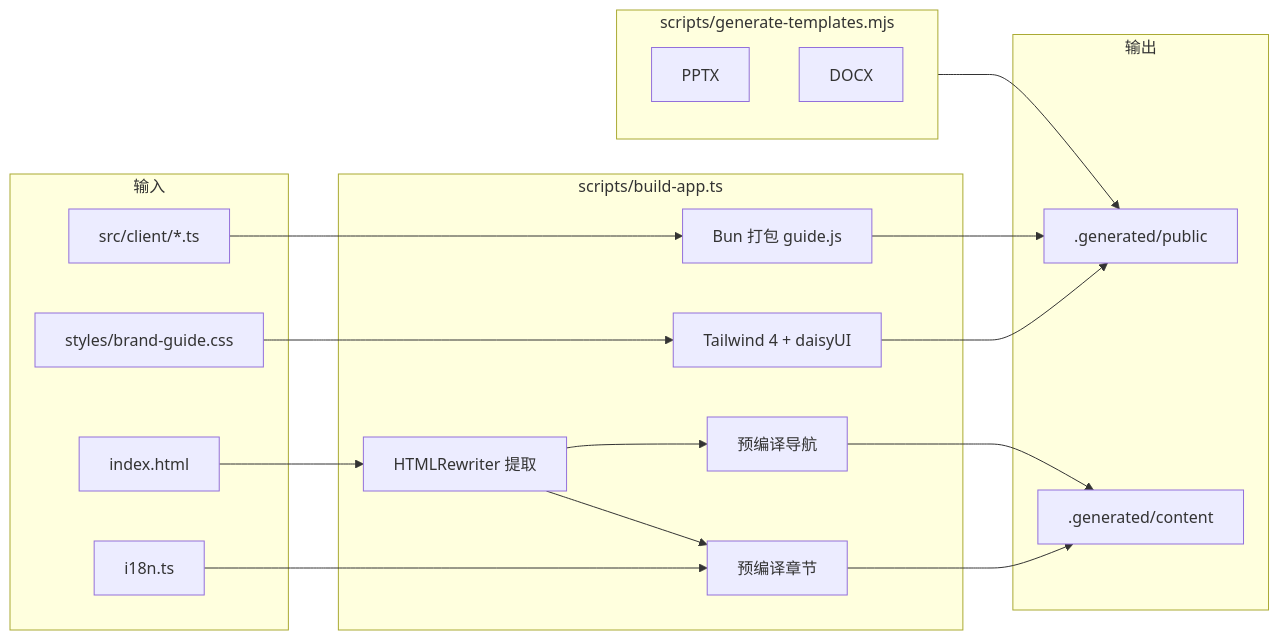
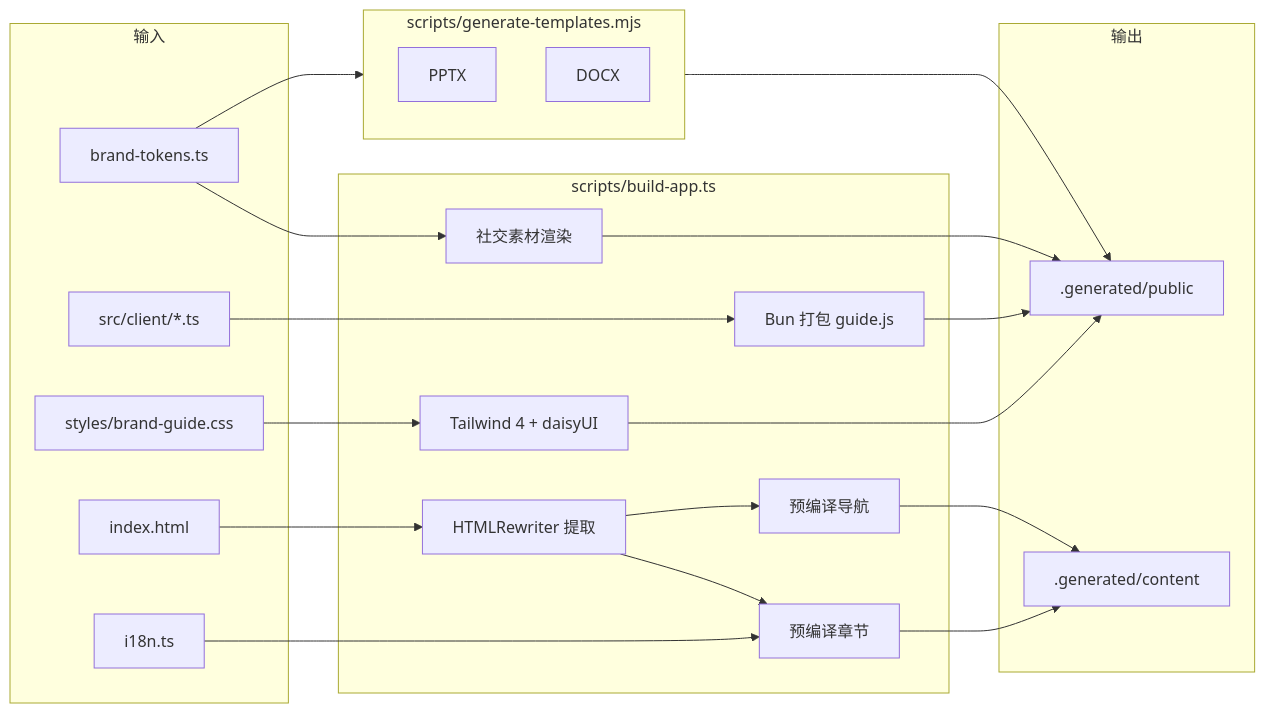
One commit to d4551/vertu-brand changed the second of 3 diagrams in README.zh-CN.md. Above: the diagram before and after it, drawn with Mermaid. The commit also changed other lines of this file and 48 other files, not shown here.

````diff
--- a/README.zh-CN.md
+++ b/README.zh-CN.md
@@ -67,39 +68,44 @@
 ```mermaid
 flowchart LR
   subgraph Inputs["输入"]
     Index[index.html]
     CSS[styles/brand-guide.css]
     ClientTS[src/client/*.ts]
     I18n[i18n.ts]
+    Tokens[brand-tokens.ts]
   end
 
   subgraph Build["scripts/build-app.ts"]
     Rewriter[HTMLRewriter 提取]
     Tailwind[Tailwind 4 + daisyUI]
     Bundle[Bun 打包 guide.js]
     Sections[预编译章节]
     Nav[预编译导航]
+    Social[社交素材渲染]
   end
 
   subgraph Templates["scripts/generate-templates.mjs"]
     PPTX[PPTX]
     DOCX[DOCX]
   end
 
   subgraph Outputs["输出"]
     GenPublic[.generated/public]
     GenContent[.generated/content]
   end
 
   Index --> Rewriter
   CSS --> Tailwind
   ClientTS --> Bundle
   I18n --> Sections
+  Tokens --> Social
+  Tokens --> Templates
   Rewriter --> Sections
   Rewriter --> Nav
   Tailwind --> GenPublic
   Bundle --> GenPublic
+  Social --> GenPublic
   Sections --> GenContent
   Nav --> GenContent
   Templates --> GenPublic
 ```
````
